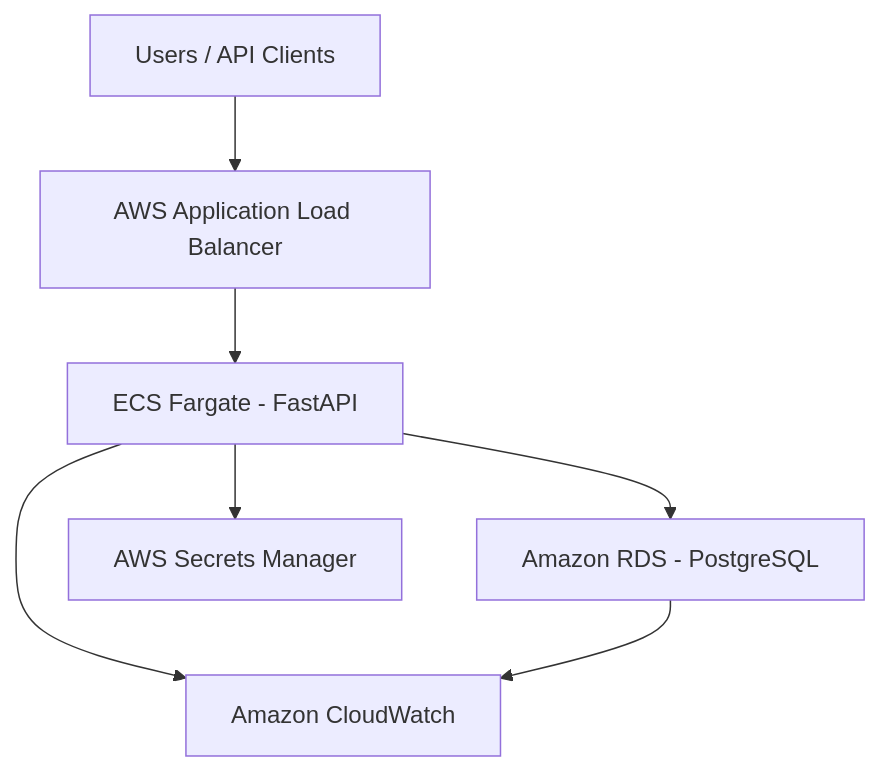
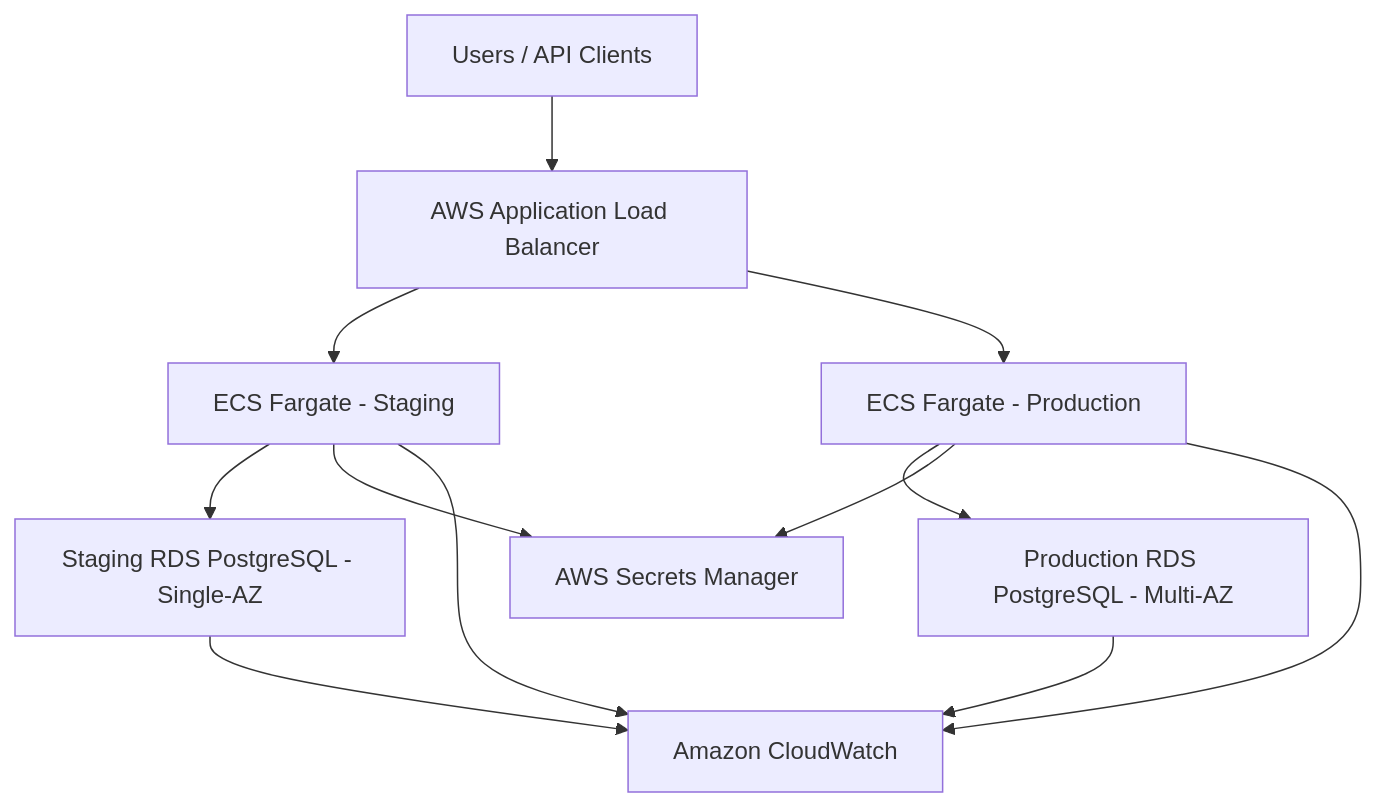
Before and after one commit to shiwanshu97/cloud-native-sessions-api: the first of 5 diagrams in README.md, drawn with Mermaid. The commit also changed other lines of this file and 14 other files, not shown here.

````diff
--- a/README.md
+++ b/README.md
@@ -515,9 +539,14 @@
 ```mermaid
 flowchart TD
     A["Users / API Clients"] --> B["AWS Application Load Balancer"]
-    B --> C["ECS Fargate - FastAPI"]
-    C --> D["Amazon RDS - PostgreSQL"]
-    C --> E["AWS Secrets Manager"]
-    C --> F["Amazon CloudWatch"]
-    D --> F
+    B --> C["ECS Fargate - Staging"]
+    B --> D["ECS Fargate - Production"]
+    C --> E["Staging RDS PostgreSQL - Single-AZ"]
+    D --> F["Production RDS PostgreSQL - Multi-AZ"]
+    C --> G["AWS Secrets Manager"]
+    D --> G
+    C --> H["Amazon CloudWatch"]
+    D --> H
+    E --> H
+    F --> H
 ```
````
